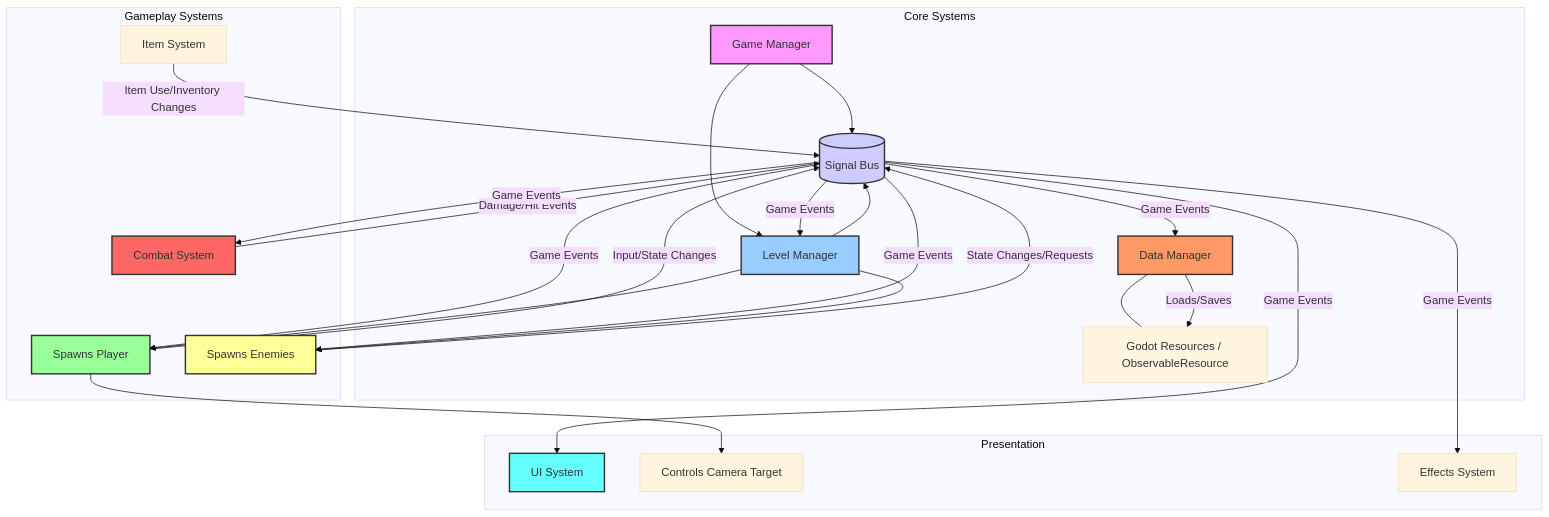
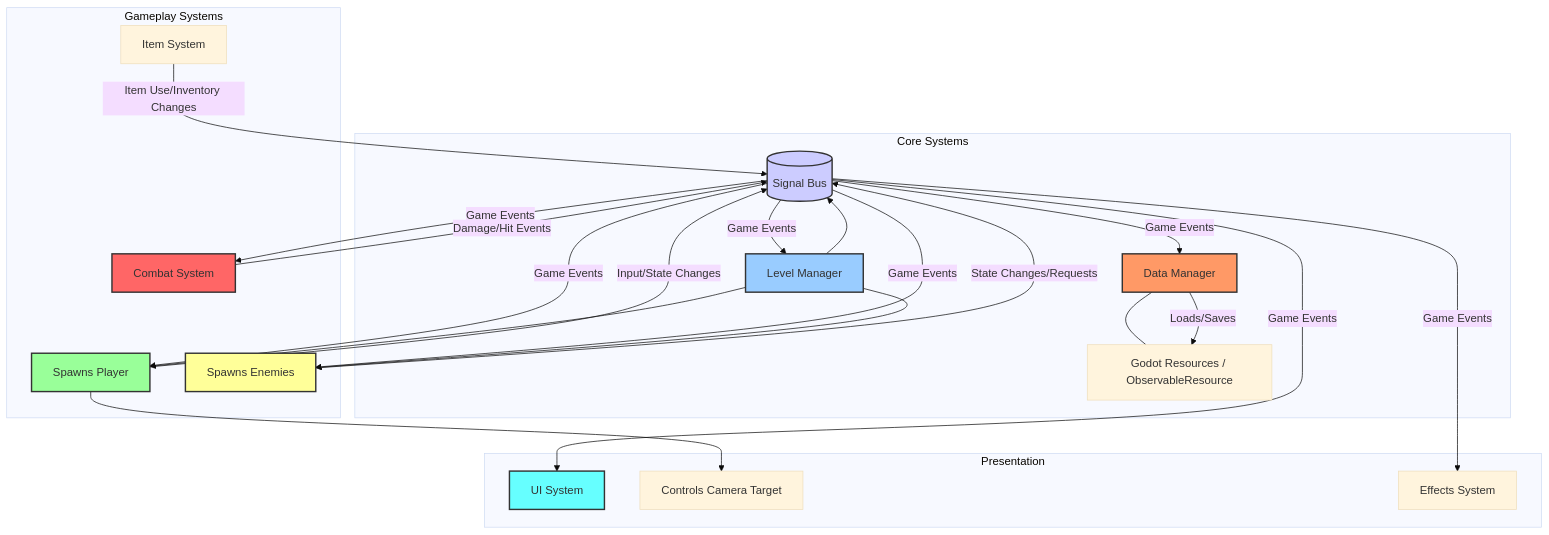
Before and after one commit to arabold/rogue-gauntlet: the diagram in ARCHITECTURE.md, drawn with Mermaid (base theme). The commit also changed other lines of this file and 11 other files, not shown here.

````diff
--- a/ARCHITECTURE.md
+++ b/ARCHITECTURE.md
@@ -18,58 +18,54 @@
 ```mermaid
 graph TD
     subgraph Core Systems
-        GameManager[Game Manager]
         SignalBus[(Signal Bus)]
         LevelManager[Level Manager]
         DataManager[Data Manager] --- Resource[Godot Resources / ObservableResource]
     end
 
     subgraph Gameplay Systems
         PlayerController[Player Controller]
         CombatSystem[Combat System]
         EnemyAI[Enemy AI]
         ItemSystem[Item System]
     end
 
     subgraph Presentation
         UISystem[UI System]
         CameraSystem[Camera System]
         EffectsSystem[Effects System]
     end
 
     %% Core Interactions
-    GameManager --> SignalBus
-    GameManager --> LevelManager
     LevelManager --> SignalBus
     DataManager -- Loads/Saves --> Resource
 
     %% Gameplay Interactions via SignalBus
     PlayerController -- Input/State Changes --> SignalBus
     CombatSystem -- Damage/Hit Events --> SignalBus
     EnemyAI -- State Changes/Requests --> SignalBus
     ItemSystem -- Item Use/Inventory Changes --> SignalBus
 
     %% Systems Reacting to SignalBus Events
     SignalBus -- Game Events --> UISystem
     SignalBus -- Game Events --> PlayerController
     SignalBus -- Game Events --> CombatSystem
     SignalBus -- Game Events --> EnemyAI
     SignalBus -- Game Events --> EffectsSystem
     SignalBus -- Game Events --> DataManager
     SignalBus -- Game Events --> LevelManager
 
     %% Direct Interactions (Examples)
     PlayerController --> CameraSystem[Controls Camera Target]
     LevelManager --> EnemyAI[Spawns Enemies]
     LevelManager --> PlayerController[Spawns Player]
 
     %% Style adjustments for clarity
-    style GameManager fill:#f9f,stroke:#333,stroke-width:2px
     style SignalBus fill:#ccf,stroke:#333,stroke-width:2px
     style LevelManager fill:#9cf,stroke:#333,stroke-width:2px
     style DataManager fill:#f96,stroke:#333,stroke-width:2px
     style PlayerController fill:#9f9,stroke:#333,stroke-width:2px
     style CombatSystem fill:#f66,stroke:#333,stroke-width:2px
     style EnemyAI fill:#ff9,stroke:#333,stroke-width:2px
     style UISystem fill:#6ff,stroke:#333,stroke-width:2px
 ```
````
